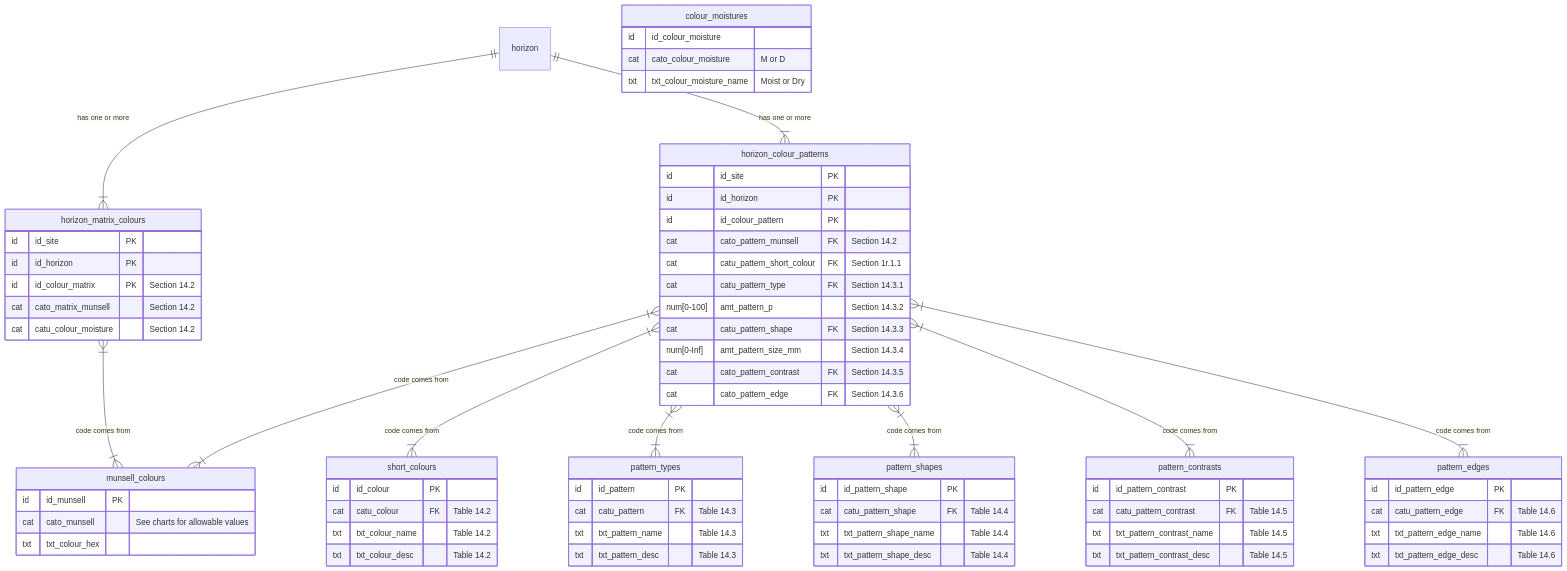
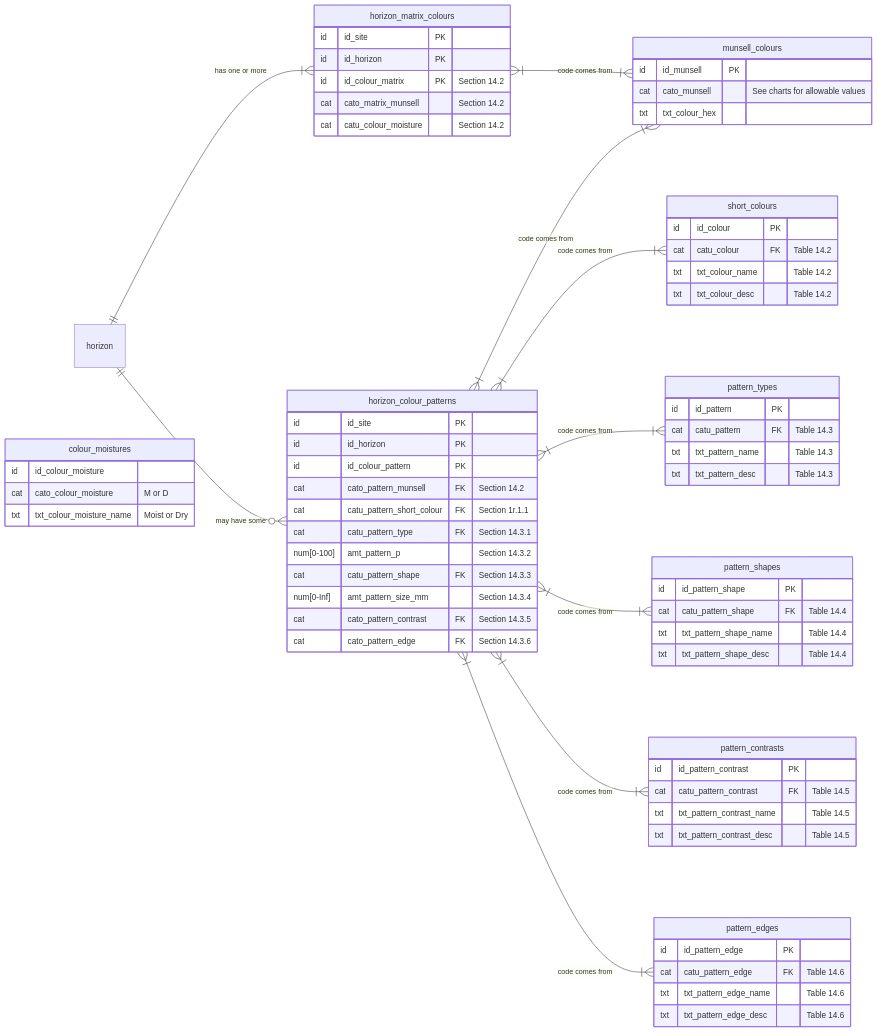
Diagram 13 of 27 in ap_03_database_design.qmd (manaakiwhenua/NZ_soildesc_2024), drawn with Mermaid before and after one commit. The commit also changed other lines of this file, not shown here.

```diff
--- a/ap_03_database_design.qmd
+++ b/ap_03_database_design.qmd
@@ -1075,10 +1200,10 @@
 %%| label: fig-mhorcold
 %%| fig-cap: "Horizon colour - Details"
 
-%%{ init: { 'er': { 'layoutDirection': 'LR' } } }%%
 erDiagram
+  direction LR
   horizon ||--|{ horizon_matrix_colours : "has one or more"
-  horizon ||--|{ horizon_colour_patterns : "has one or more"
+  horizon ||--o{ horizon_colour_patterns : "may have some"
   horizon_matrix_colours }|--|{ munsell_colours : "code comes from"
   horizon_colour_patterns }|--|{ munsell_colours : "code comes from"
   horizon_colour_patterns }|--|{ short_colours : "code comes from"
```
